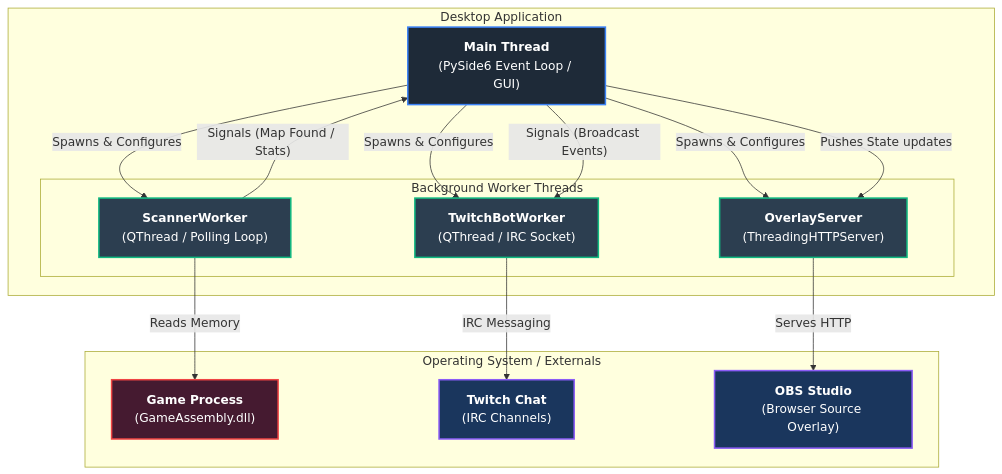
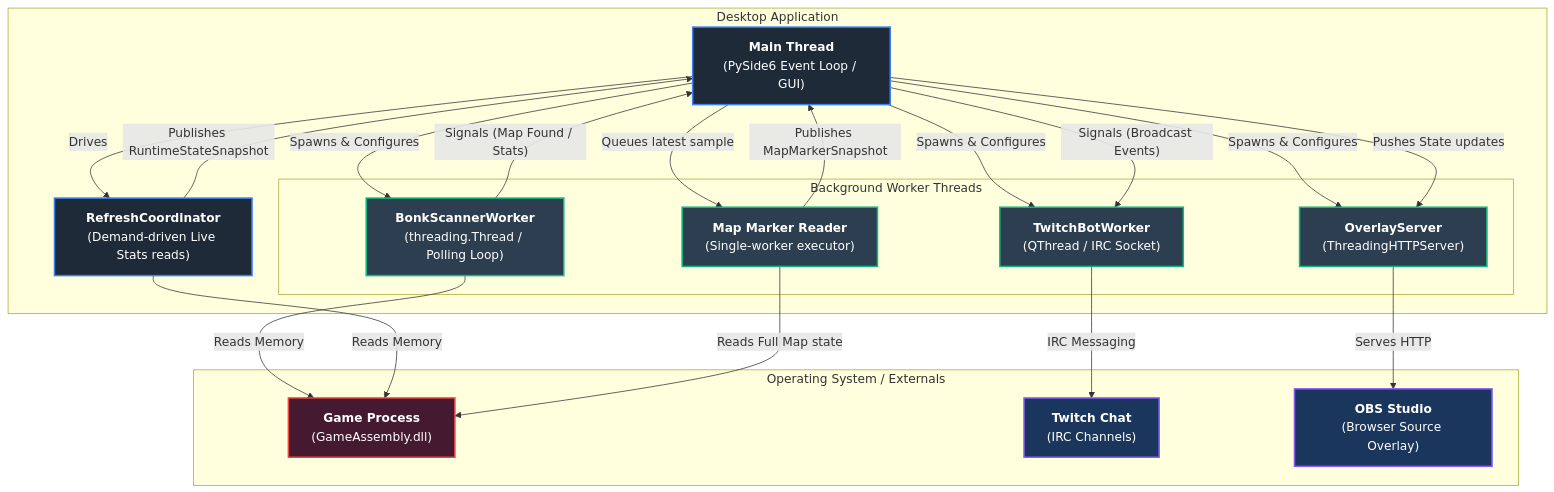
One commit to ALuiell/BonkScanner changed the diagram in docs/wiki/Home.md. Above: the diagram before and after it, drawn with Mermaid. The commit also changed other lines of this file and 30 other files, not shown here.

````diff
--- a/docs/wiki/Home.md
+++ b/docs/wiki/Home.md
@@ -20,37 +23,45 @@
 ```mermaid
 graph TD
     %% Styling
     classDef mainThread fill:#1E2A38,stroke:#3B82F6,stroke-width:2px,color:#fff;
     classDef workerThread fill:#2C3E50,stroke:#10B981,stroke-width:2px,color:#fff;
     classDef gameProcess fill:#451A30,stroke:#EF4444,stroke-width:2px,color:#fff;
     classDef external fill:#1A365D,stroke:#8B5CF6,stroke-width:2px,color:#fff;
 
     subgraph Desktop Application
         MainUI["<b>Main Thread</b><br>(PySide6 Event Loop / GUI)"]:::mainThread
+        RefreshTasks["<b>RefreshCoordinator</b><br>(Demand-driven Live Stats reads)"]:::mainThread
 
         subgraph Workers [Background Worker Threads]
-            ScannerWorker["<b>ScannerWorker</b><br>(QThread / Polling Loop)"]:::workerThread
+            ScannerWorker["<b>BonkScannerWorker</b><br>(threading.Thread / Polling Loop)"]:::workerThread
+            MapMarkerWorker["<b>Map Marker Reader</b><br>(Single-worker executor)"]:::workerThread
             TwitchBot["<b>TwitchBotWorker</b><br>(QThread / IRC Socket)"]:::workerThread
             OverlayServer["<b>OverlayServer</b><br>(ThreadingHTTPServer)"]:::workerThread
         end
     end
 
     subgraph Operating System / Externals
         GameInstance["<b>Game Process</b><br>(GameAssembly.dll)"]:::gameProcess
         TwitchChat["<b>Twitch Chat</b><br>(IRC Channels)"]:::external
         OBS["<b>OBS Studio</b><br>(Browser Source Overlay)"]:::external
     end
 
     %% Interactions
     MainUI -- Spawns & Configures --> ScannerWorker
+    MainUI -- Drives --> RefreshTasks
+    MainUI -- Queues latest sample --> MapMarkerWorker
     MainUI -- Spawns & Configures --> TwitchBot
     MainUI -- Spawns & Configures --> OverlayServer
 
     ScannerWorker -- Reads Memory --> GameInstance
+    RefreshTasks -- Reads Memory --> GameInstance
+    MapMarkerWorker -- Reads Full Map state --> GameInstance
     ScannerWorker -- "Signals (Map Found / Stats)" --> MainUI
+    RefreshTasks -- "Publishes RuntimeStateSnapshot" --> MainUI
+    MapMarkerWorker -- "Publishes MapMarkerSnapshot" --> MainUI
     MainUI -- "Signals (Broadcast Events)" --> TwitchBot
     MainUI -- "Pushes State updates" --> OverlayServer
 
     TwitchBot -- IRC Messaging --> TwitchChat
     OverlayServer -- Serves HTTP --> OBS
 ```
````
